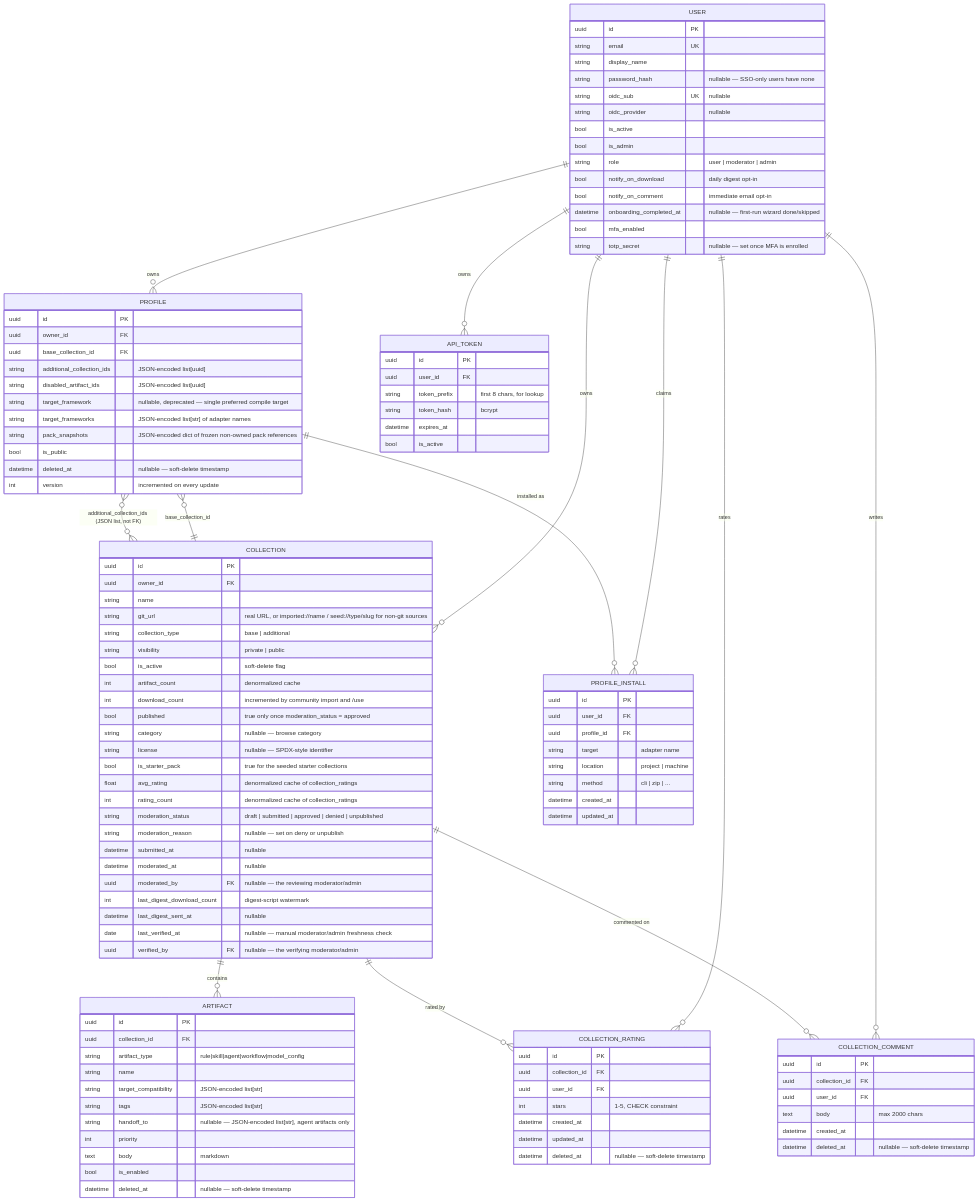
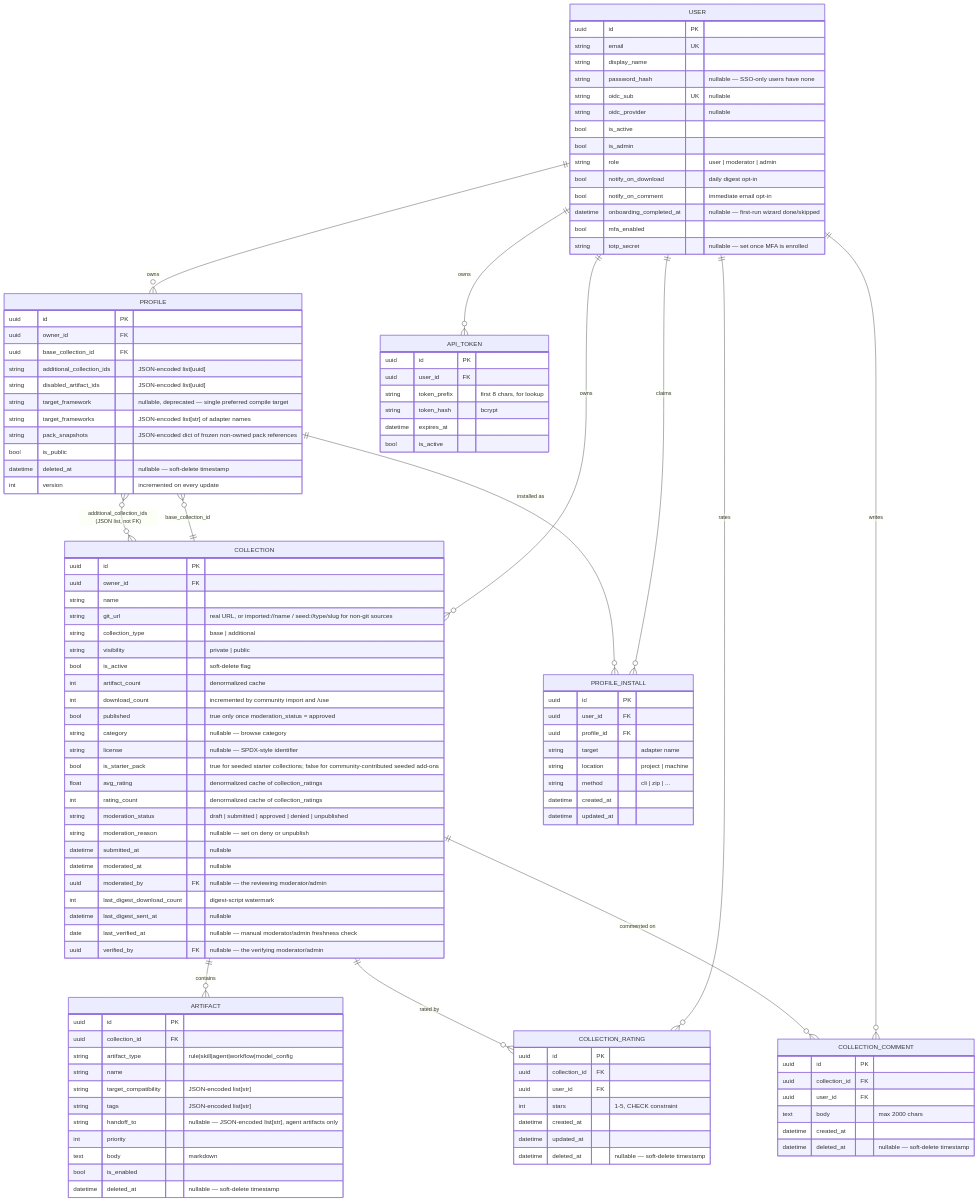
The diagram in docs/data-model.md (niels-emmer/myace), drawn with Mermaid before and after one commit. The commit also changed other lines of this file and 5 other files, not shown here.

First line of the commit message:
feat(seed): ship specialized add-ons as community packs

```diff
--- a/docs/data-model.md
+++ b/docs/data-model.md
@@ -51,7 +51,7 @@
         bool published "true only once moderation_status = approved"
         string category "nullable — browse category"
         string license "nullable — SPDX-style identifier"
-        bool is_starter_pack "true for the seeded starter collections"
+        bool is_starter_pack "true for seeded starter collections; false for community-contributed seeded add-ons"
         float avg_rating "denormalized cache of collection_ratings"
         int rating_count "denormalized cache of collection_ratings"
         string moderation_status "draft | submitted | approved | denied | unpublished"
```
